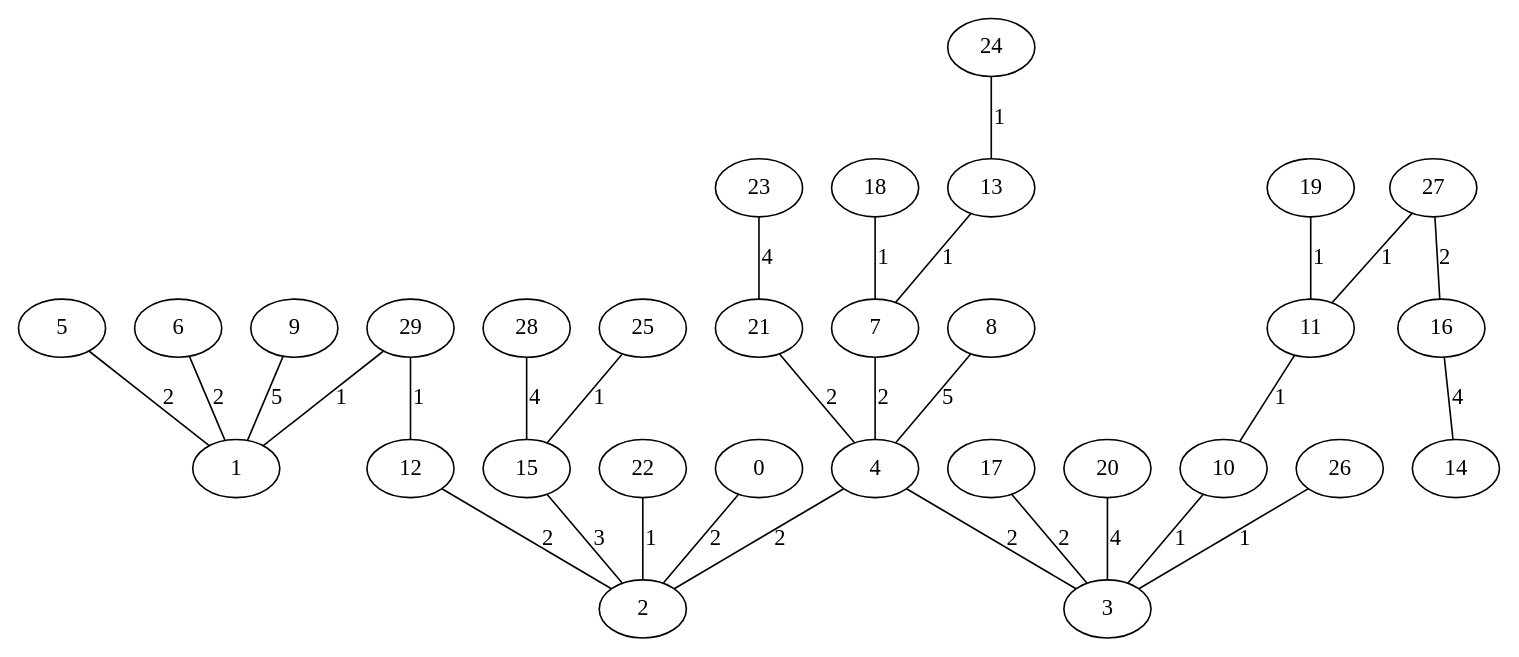
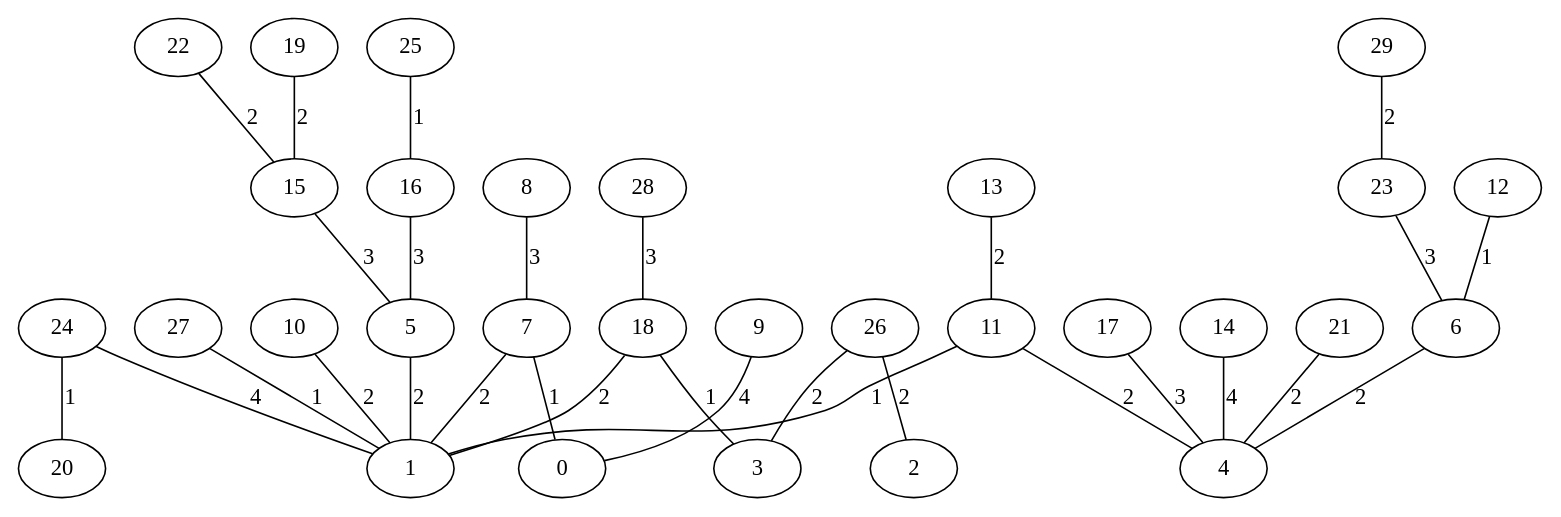
The diagram in KruskaIl_Dorogovtsev3030.gv (saradejesuss/GenerarGrafos), drawn with Graphviz before and after one commit. The commit also changed 15 other files, not shown here.

```diff
--- a/KruskaIl_Dorogovtsev3030.gv
+++ b/KruskaIl_Dorogovtsev3030.gv
@@ -1,61 +1,61 @@
 graph{
+   27;
+   21;
+   4;
+   5;
+   20;
+   16;
+   24;
+   25;
+   8;
+   6;
+   17;
+   26;
+   2;
+   12;
+   19;
+   7;
+   15;
+   23;
    9;
-   19;
-   4;
-   15;
-   16;
+   3;
    14;
+   28;
    22;
+   10;
+   13;
    18;
    1;
+   29;
    0;
-   6;
    11;
-   21;
-   29;
-   2;
-   12;
-   5;
-   7;
-   28;
-   27;
-   24;
-   13;
-   17;
-   20;
-   8;
-   23;
-   10;
-   3;
-   26;
-   25;
-   4 -- 2 [label="2"];
-   23 -- 21 [label="4"];
-   8 -- 4 [label="5"];
-   24 -- 13 [label="1"];
-   4 -- 3 [label="2"];
+   13 -- 11 [label="2"];
+   26 -- 3 [label="2"];
+   11 -- 4 [label="2"];
+   27 -- 1 [label="1"];
+   24 -- 20 [label="1"];
+   25 -- 16 [label="1"];
+   18 -- 3 [label="1"];
+   12 -- 6 [label="1"];
+   11 -- 1 [label="1"];
+   29 -- 23 [label="2"];
+   7 -- 0 [label="1"];
+   26 -- 2 [label="2"];
+   9 -- 0 [label="4"];
+   6 -- 4 [label="2"];
+   10 -- 1 [label="2"];
+   28 -- 18 [label="3"];
+   23 -- 6 [label="3"];
+   19 -- 15 [label="2"];
+   22 -- 15 [label="2"];
+   16 -- 5 [label="3"];
+   8 -- 7 [label="3"];
+   17 -- 4 [label="3"];
+   24 -- 1 [label="4"];
+   7 -- 1 [label="2"];
+   14 -- 4 [label="4"];
+   18 -- 1 [label="2"];
+   15 -- 5 [label="3"];
    5 -- 1 [label="2"];
-   28 -- 15 [label="4"];
-   22 -- 2 [label="1"];
-   9 -- 1 [label="5"];
-   29 -- 12 [label="1"];
-   25 -- 15 [label="1"];
-   13 -- 7 [label="1"];
-   12 -- 2 [label="2"];
-   19 -- 11 [label="1"];
-   27 -- 11 [label="1"];
-   11 -- 10 [label="1"];
-   26 -- 3 [label="1"];
-   10 -- 3 [label="1"];
-   29 -- 1 [label="1"];
-   18 -- 7 [label="1"];
-   17 -- 3 [label="2"];
-   0 -- 2 [label="2"];
-   6 -- 1 [label="2"];
-   27 -- 16 [label="2"];
-   20 -- 3 [label="4"];
-   15 -- 2 [label="3"];
    21 -- 4 [label="2"];
-   16 -- 14 [label="4"];
-   7 -- 4 [label="2"];
 }
```
